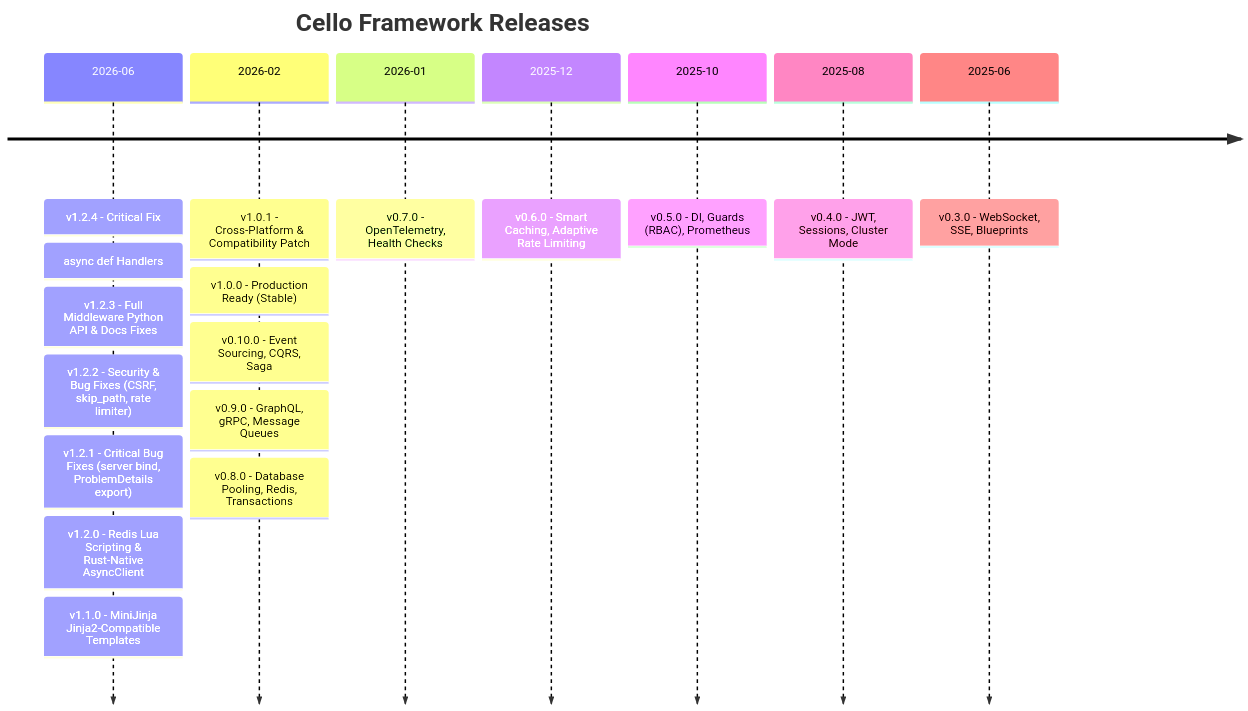
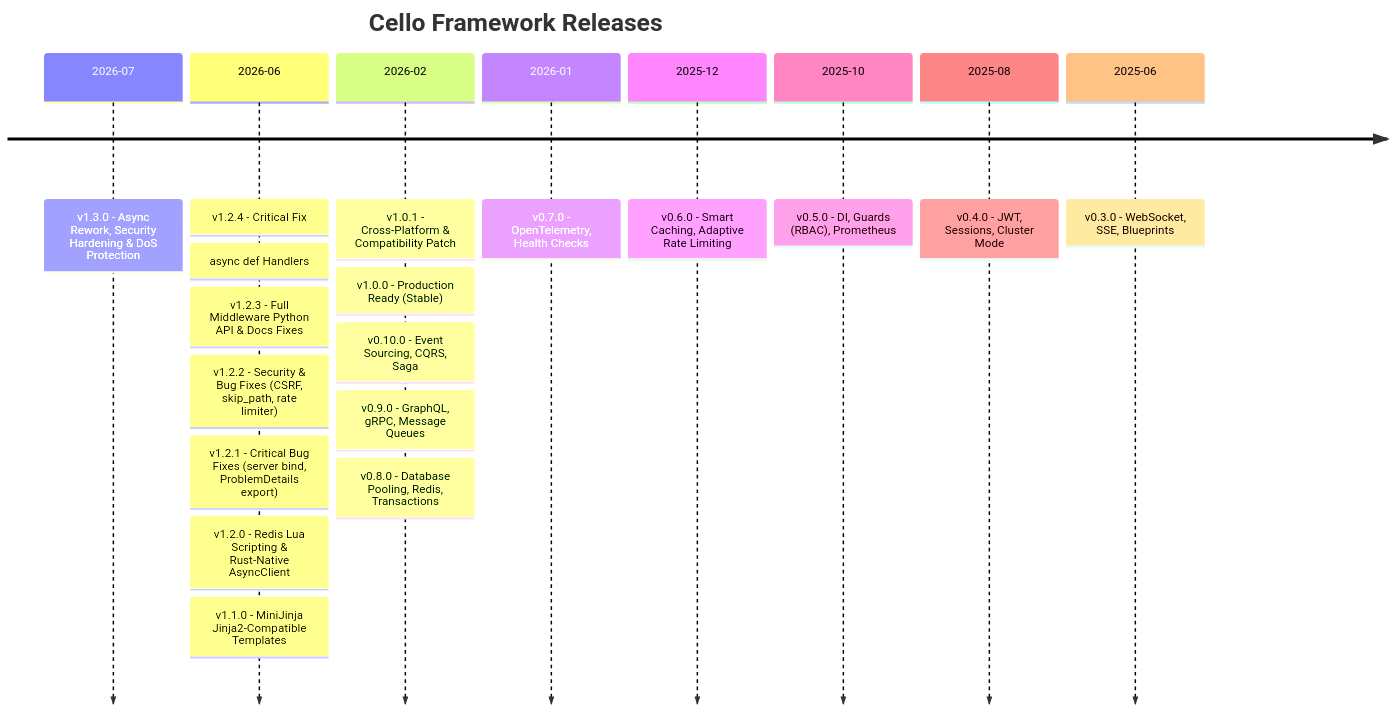
Before and after one commit to JERRIX/cello: the diagram in docs/releases/index.md, drawn with Mermaid. The commit also changed other lines of this file and 43 other files, not shown here.

````diff
--- a/docs/releases/index.md
+++ b/docs/releases/index.md
@@ -35,20 +37,21 @@
 ```mermaid
 timeline
     title Cello Framework Releases
+    2026-07 : v1.3.0 - Async Rework, Security Hardening & DoS Protection
     2026-06 : v1.2.4 - Critical Fix: async def Handlers
             : v1.2.3 - Full Middleware Python API & Docs Fixes
             : v1.2.2 - Security & Bug Fixes (CSRF, skip_path, rate limiter)
             : v1.2.1 - Critical Bug Fixes (server bind, ProblemDetails export)
             : v1.2.0 - Redis Lua Scripting & Rust-Native AsyncClient
             : v1.1.0 - MiniJinja Jinja2-Compatible Templates
     2026-02 : v1.0.1 - Cross-Platform & Compatibility Patch
             : v1.0.0 - Production Ready (Stable)
             : v0.10.0 - Event Sourcing, CQRS, Saga
             : v0.9.0 - GraphQL, gRPC, Message Queues
             : v0.8.0 - Database Pooling, Redis, Transactions
     2026-01 : v0.7.0 - OpenTelemetry, Health Checks
     2025-12 : v0.6.0 - Smart Caching, Adaptive Rate Limiting
     2025-10 : v0.5.0 - DI, Guards (RBAC), Prometheus
     2025-08 : v0.4.0 - JWT, Sessions, Cluster Mode
     2025-06 : v0.3.0 - WebSocket, SSE, Blueprints
 ```
````
